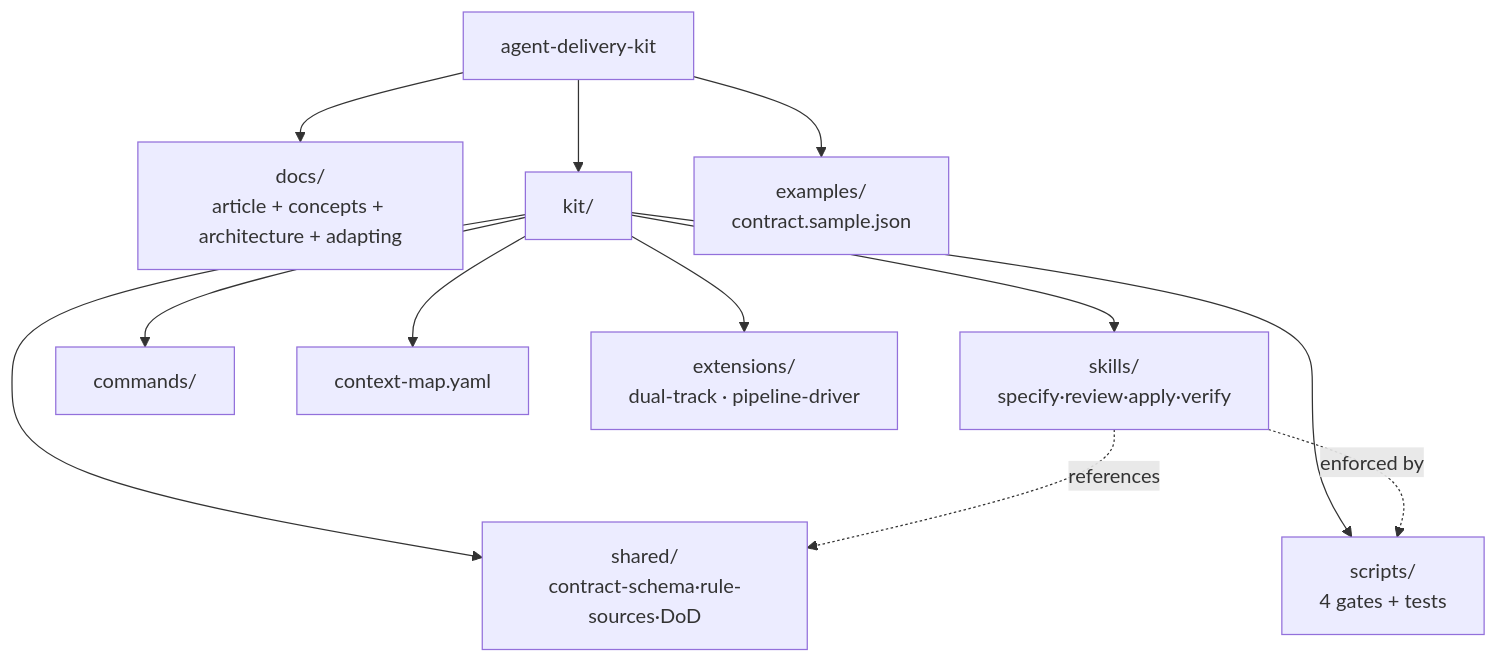
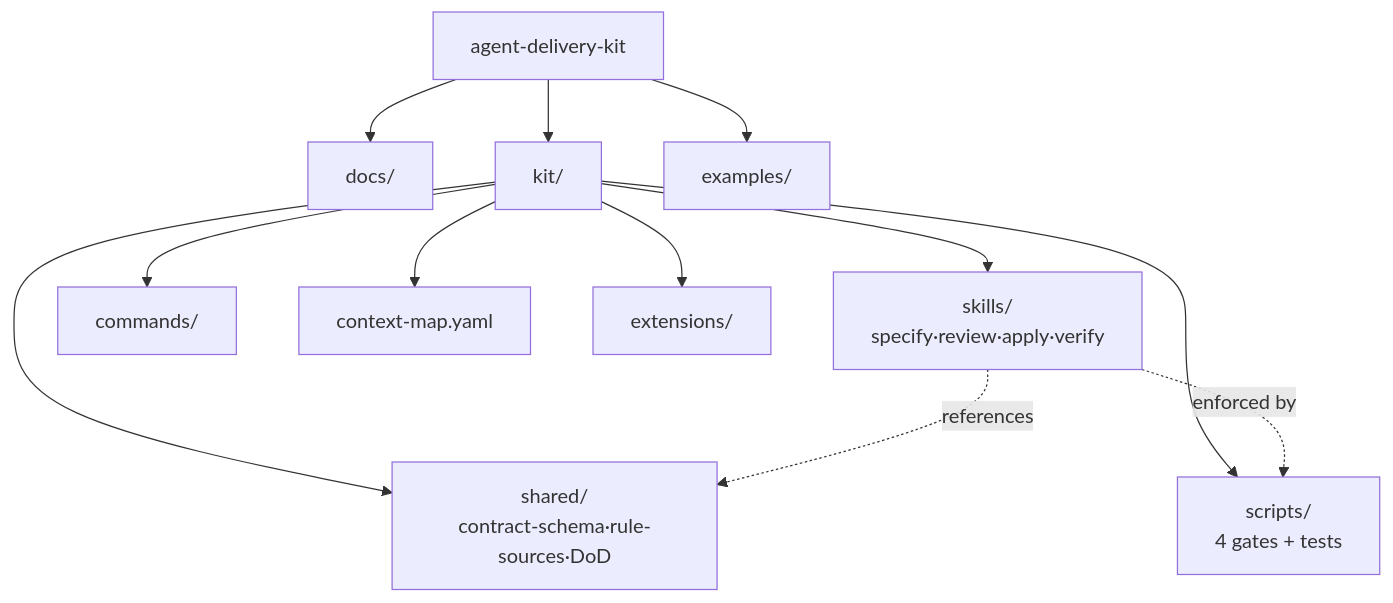
One commit to 15241171955-boop/agent-delivery-kit changed the third of 3 diagrams in docs/architecture.md. Above: the diagram before and after it, drawn with Mermaid. The commit also changed other lines of this file and 13 other files, not shown here.

````diff
--- a/docs/architecture.md
+++ b/docs/architecture.md
@@ -38,14 +38,14 @@
 ```mermaid
 flowchart TD
-  ROOT[agent-delivery-kit] --> DOCS[docs/<br/>article + concepts + architecture + adapting]
+  ROOT[agent-delivery-kit] --> DOCS[docs/]
   ROOT --> KIT[kit/]
-  ROOT --> EX[examples/<br/>contract.sample.json]
+  ROOT --> EX[examples/]
   KIT --> SK[skills/<br/>specify·review·apply·verify]
   KIT --> SH[shared/<br/>contract-schema·rule-sources·DoD]
   KIT --> CM[commands/]
   KIT --> SC[scripts/<br/>4 gates + tests]
   KIT --> CMAP[context-map.yaml]
-  KIT --> EXT[extensions/<br/>dual-track · pipeline-driver]
+  KIT --> EXT[extensions/]
   SK -. references .-> SH
   SK -. enforced by .-> SC
 ```
````
